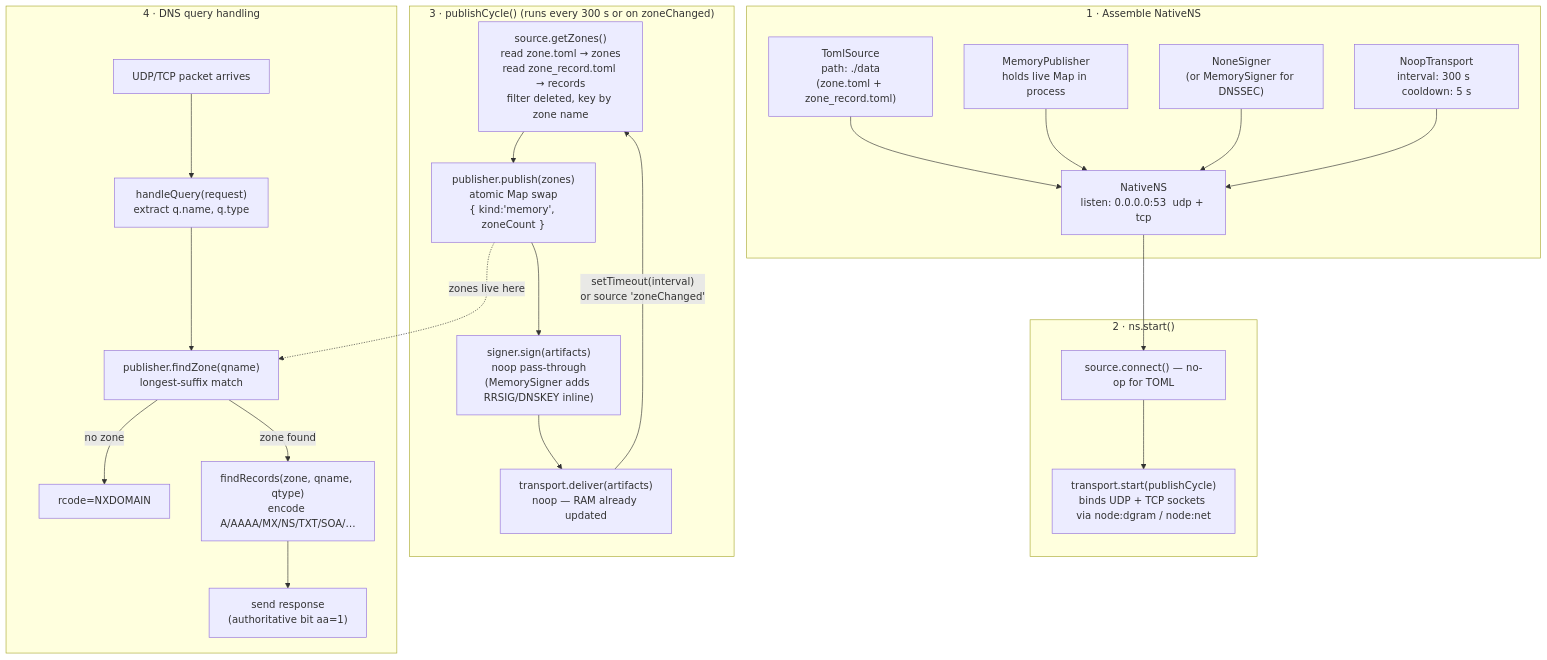
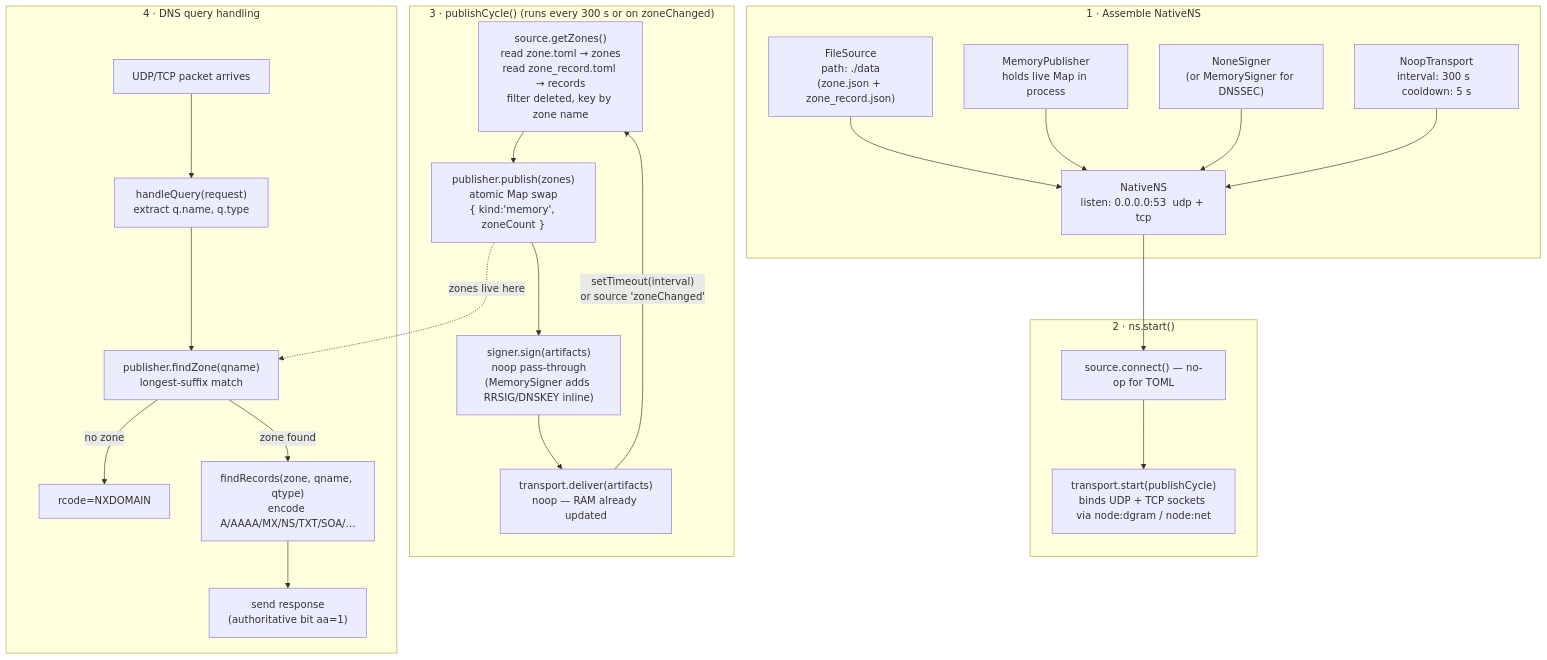
One commit to NicTool/dns-nameserver changed the first of 3 diagrams in FLOWCHARTS.md. Above: the diagram before and after it, drawn with Mermaid. The commit also changed other lines of this file and 30 other files, not shown here.

````diff
--- a/FLOWCHARTS.md
+++ b/FLOWCHARTS.md
@@ -11,41 +11,41 @@
 ```mermaid
 flowchart TD
     subgraph ASSEMBLE["1 · Assemble NativeNS"]
-        src["TomlSource\npath: ./data\n(zone.toml + zone_record.toml)"]
+        src["FileSource\npath: ./data\n(zone.json + zone_record.json)"]
         pub["MemoryPublisher\nholds live Map in process"]
         sig["NoneSigner\n(or MemorySigner for DNSSEC)"]
         trn["NoopTransport\ninterval: 300 s  cooldown: 5 s"]
         ns["NativeNS\nlisten: 0.0.0.0:53  udp + tcp"]
         src & pub & sig & trn --> ns
     end
 
     subgraph START["2 · ns.start()"]
         sc["source.connect() — no-op for TOML"]
         ts["transport.start(publishCycle)\nbinds UDP + TCP sockets via node:dgram / node:net"]
         sc --> ts
     end
 
     subgraph CYCLE["3 · publishCycle()  (runs every 300 s or on zoneChanged)"]
         gz["source.getZones()\nread zone.toml → zones\nread zone_record.toml → records\nfilter deleted, key by zone name"]
         pp["publisher.publish(zones)\natomic Map swap\n{ kind:'memory', zoneCount }"]
         ss["signer.sign(artifacts)\nnoop pass-through\n(MemorySigner adds RRSIG/DNSKEY inline)"]
         td["transport.deliver(artifacts)\nnoop — RAM already updated"]
         gz --> pp --> ss --> td
         td -->|"setTimeout(interval)\nor source 'zoneChanged'"| gz
     end
 
     subgraph QUERY["4 · DNS query handling"]
         qin["UDP/TCP packet arrives"]
         hq["handleQuery(request)\nextract q.name, q.type"]
         fz["publisher.findZone(qname)\nlongest-suffix match"]
         nx["rcode=NXDOMAIN"]
         fr["findRecords(zone, qname, qtype)\nencode A/AAAA/MX/NS/TXT/SOA/…"]
         send["send response\n(authoritative bit aa=1)"]
         qin --> hq --> fz
         fz -->|"no zone"| nx
         fz -->|"zone found"| fr --> send
     end
 
     ns --> sc
     pp -.->|"zones live here"| fz
 ```
````
